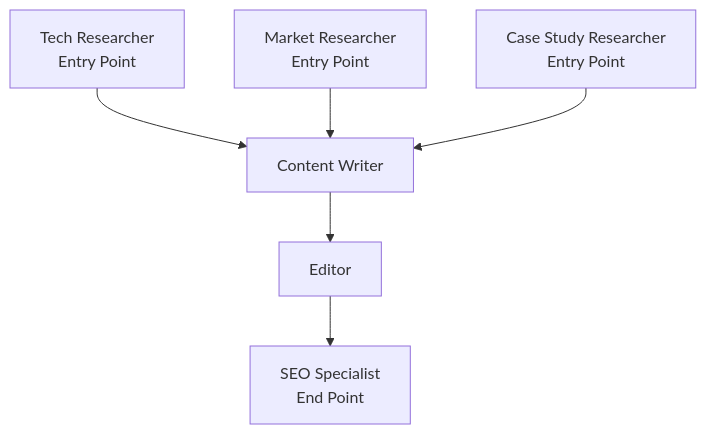
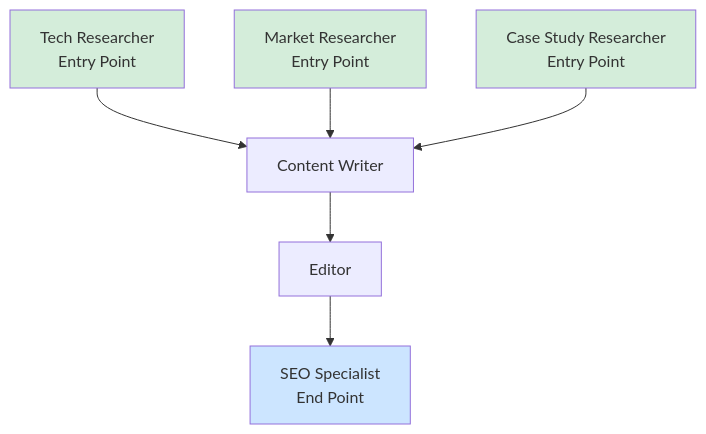
The diagram in docs/examples/examples/graph-workflow.mdx (The-Swarm-Corporation/swarms-api-docs), drawn with Mermaid before and after one commit. The commit also changed other lines of this file and 118 other files, not shown here.

````diff
--- a/docs/examples/examples/graph-workflow.mdx
+++ b/docs/examples/examples/graph-workflow.mdx
@@ -282,13 +282,13 @@
 ```mermaid
 graph TD
     A[Tech Researcher<br/>Entry Point] --> D[Content Writer]
     B[Market Researcher<br/>Entry Point] --> D
     C[Case Study Researcher<br/>Entry Point] --> D
     D --> E[Editor]
     E --> F[SEO Specialist<br/>End Point]
 
-    style A fill:#
-    style B fill:#
-    style C fill:#
-    style F fill:#
+    style A fill:#d4edda
+    style B fill:#d4edda
+    style C fill:#d4edda
+    style F fill:#cce5ff
 ```
````
